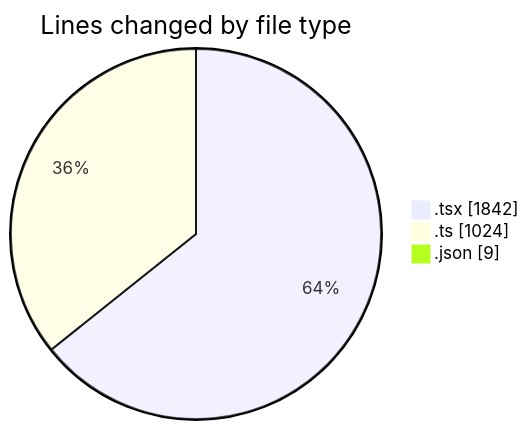
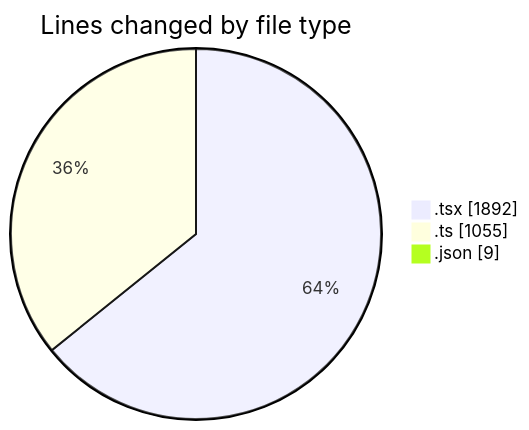
Before and after one commit to julien-gomy/code-tracking: the first of 2 diagrams in 2025-10-15/eventscop-frontend-guide__workspace_/README.md, drawn with Mermaid. The commit also changed other lines of this file and 1 other file, not shown here.

````diff
--- a/2025-10-15/eventscop-frontend-guide__workspace_/README.md
+++ b/2025-10-15/eventscop-frontend-guide__workspace_/README.md
@@ -37,7 +38,7 @@
 ```mermaid
 pie showData
 title Lines changed by file type
-".tsx" : 1842
-".ts" : 1024
+".tsx" : 1892
+".ts" : 1055
 ".json" : 9
 ```
````
